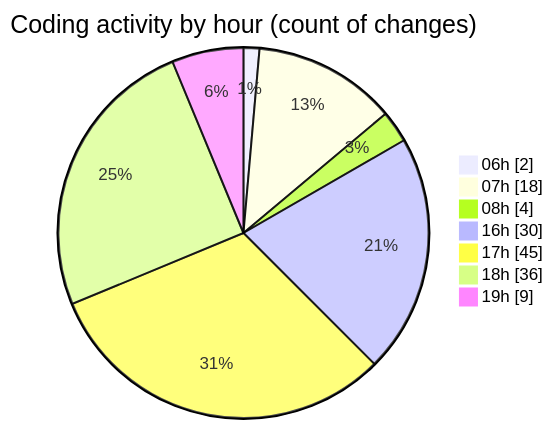
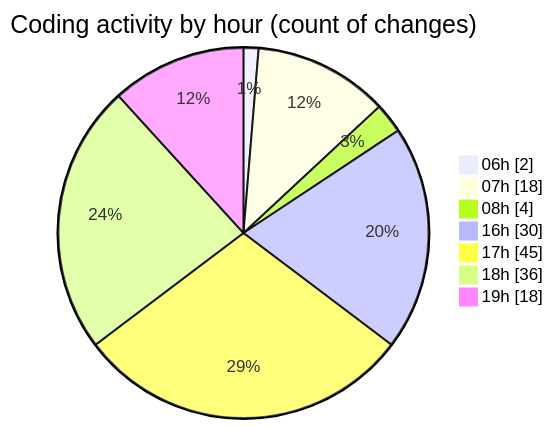
The second of 2 diagrams in 2025-01-27/termonied-web/README.md (robertbonfada/code-tracking), drawn with Mermaid before and after one commit. The commit also changed other lines of this file and 1 other file, not shown here.

````diff
--- a/2025-01-27/termonied-web/README.md
+++ b/2025-01-27/termonied-web/README.md
@@ -45,11 +49,11 @@
 ```mermaid
 pie showData
 title Coding activity by hour (count of changes)
 "06h" : 2
 "07h" : 18
 "08h" : 4
 "16h" : 30
 "17h" : 45
 "18h" : 36
-"19h" : 9
+"19h" : 18
 ```
````
